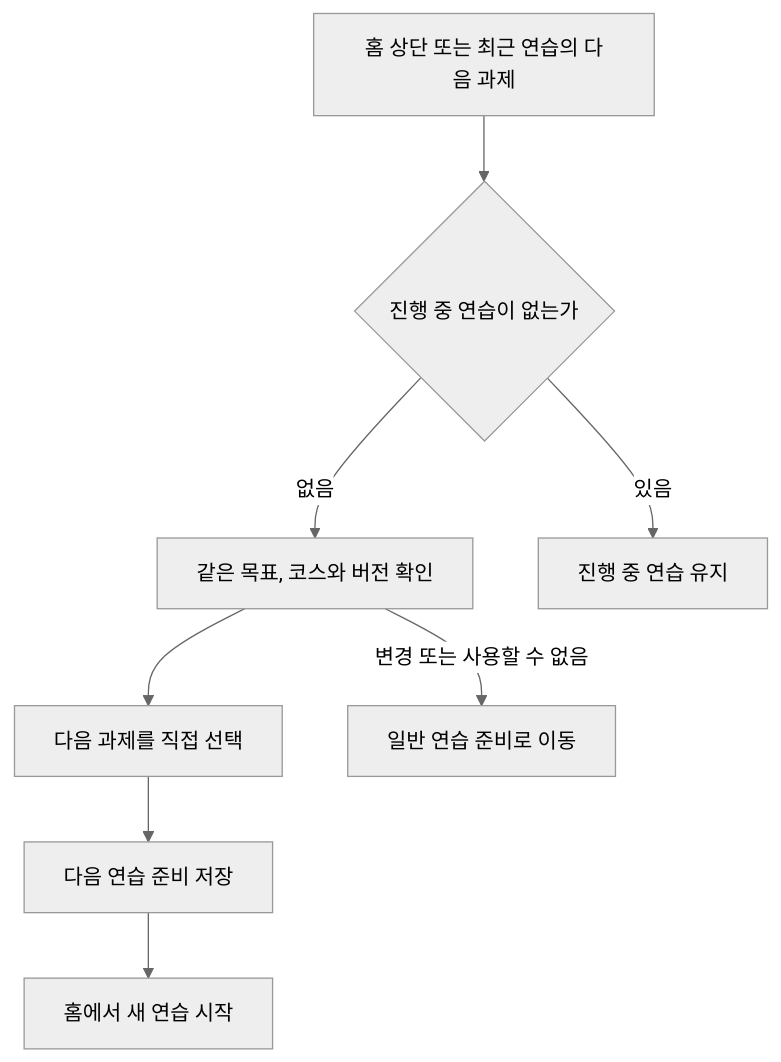
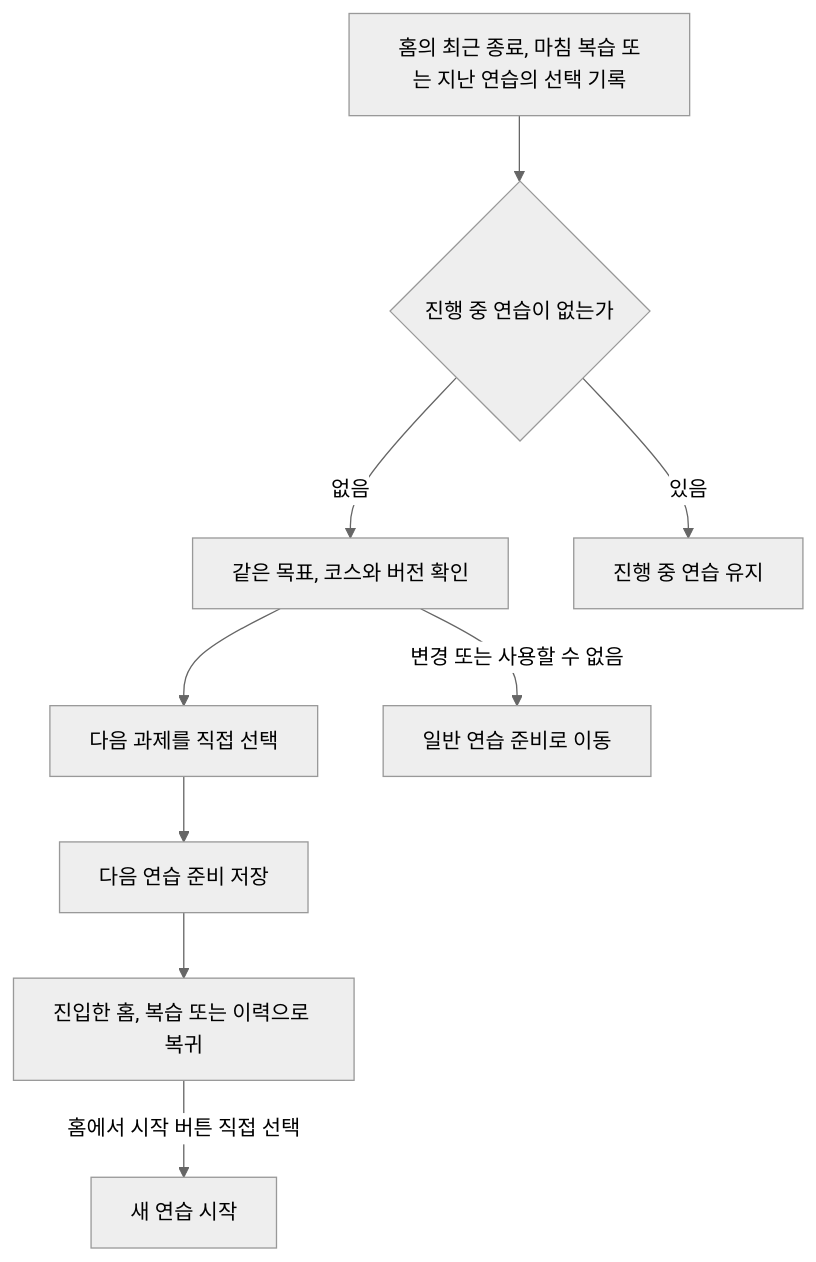
One commit to HanGilLab/Android changed the fifth of 9 diagrams in docs/development/app-usage-flow.md. Above: the diagram before and after it, drawn with Mermaid (neutral theme). The commit also changed other lines of this file and 2 other files, not shown here.

Commit message:
docs: align contest draft with current practice flow (#104)

````diff
--- a/docs/development/app-usage-flow.md
+++ b/docs/development/app-usage-flow.md
@@ -97,10 +97,11 @@
 ```mermaid
 flowchart TD
-    nextEntry["홈 상단 또는 최근 연습의 다음 과제"] --> noActive{"진행 중 연습이 없는가"}
+    nextEntry["홈의 최근 종료, 마침 복습 또는 지난 연습의 선택 기록"] --> noActive{"진행 중 연습이 없는가"}
     noActive -->|"없음"| nextSource["같은 목표, 코스와 버전 확인"]
     noActive -->|"있음"| keepActive["진행 중 연습 유지"]
     nextSource --> nextTask["다음 과제를 직접 선택"]
     nextTask --> nextSave["다음 연습 준비 저장"]
-    nextSave --> readyAgain["홈에서 새 연습 시작"]
+    nextSave --> returnSource["진입한 홈, 복습 또는 이력으로 복귀"]
+    returnSource -->|"홈에서 시작 버튼 직접 선택"| readyAgain["새 연습 시작"]
     nextSource -->|"변경 또는 사용할 수 없음"| normalPrepare["일반 연습 준비로 이동"]
 ```
````
